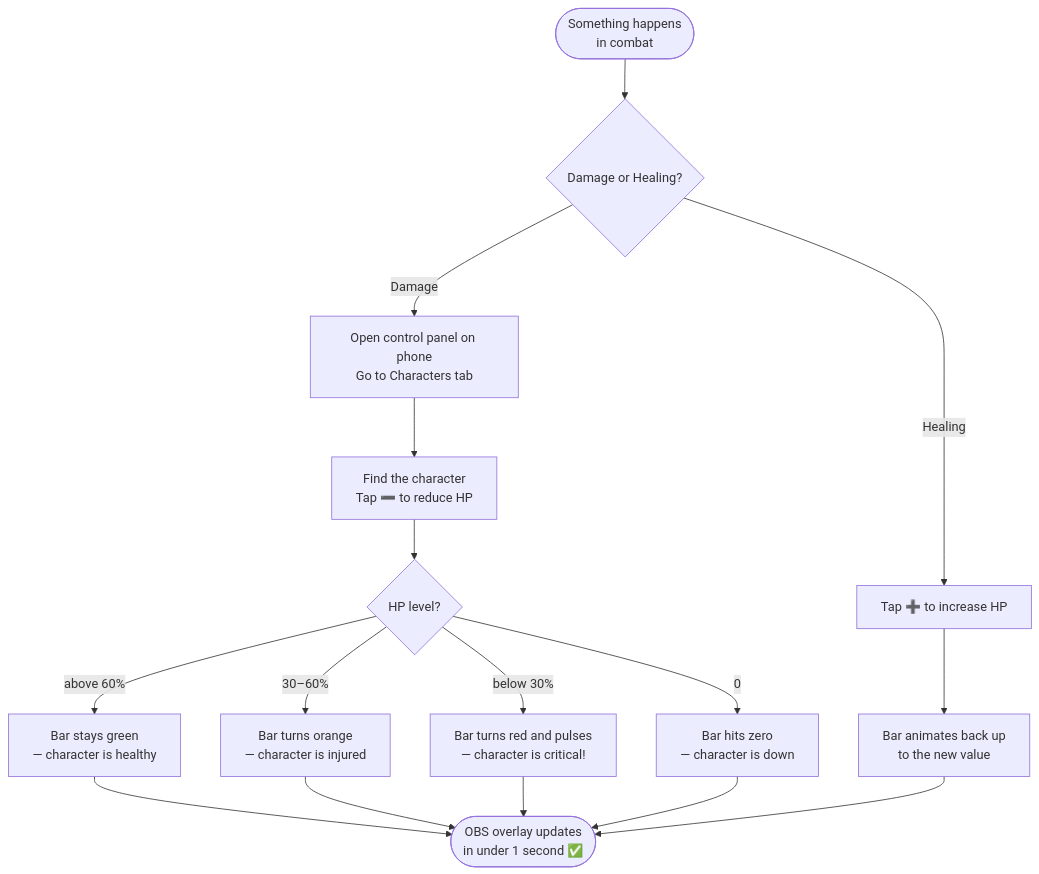
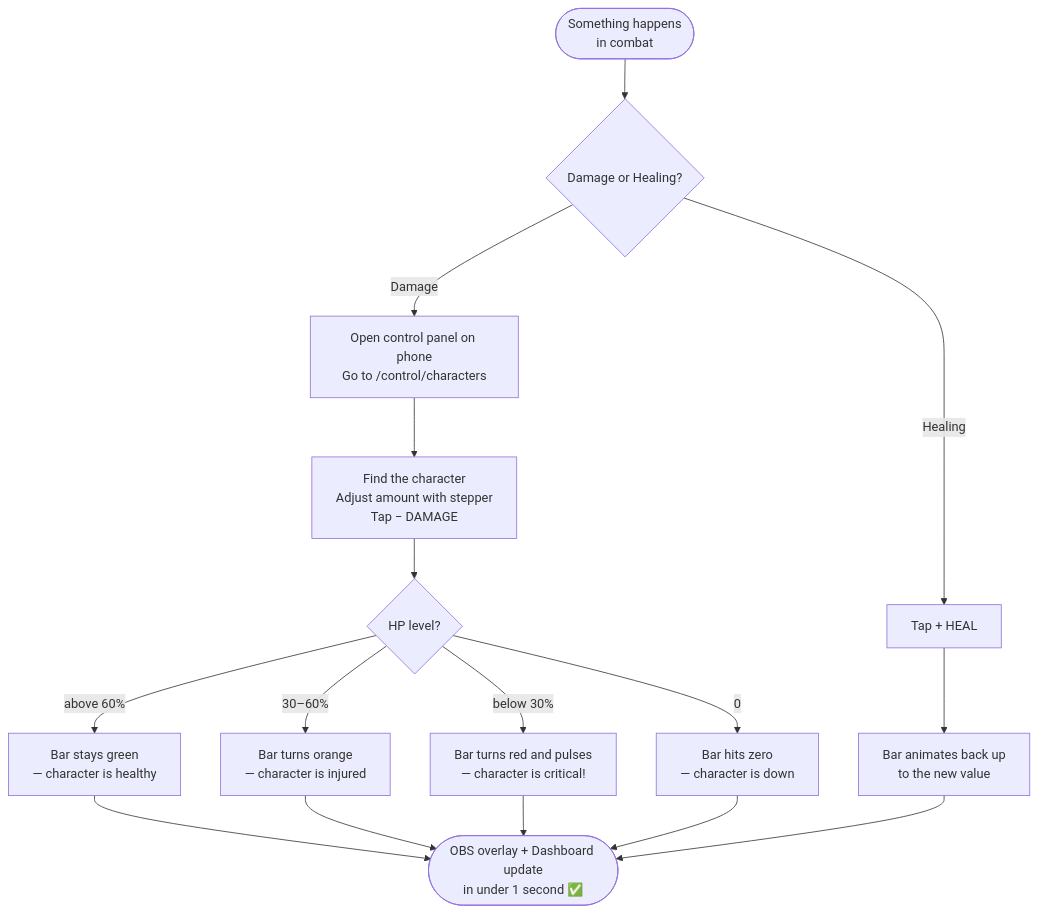
One commit to s0lci700/OVERLAYS changed the fifth of 9 diagrams in demo-pitch-docs/workflow-users.md. Above: the diagram before and after it, drawn with Mermaid. The commit also changed other lines of this file and 2 other files, not shown here.

Commit message:
Expand demo-pitch-docs: full control panel, character creation/management, and player dashboard workflows

````diff
--- a/demo-pitch-docs/workflow-users.md
+++ b/demo-pitch-docs/workflow-users.md
@@ -38,21 +134,21 @@
 ```mermaid
 flowchart TD
     A([Something happens\nin combat]) --> B{Damage or Healing?}
 
-    B -- Damage --> C[Open control panel on phone\nGo to Characters tab]
-    C --> D[Find the character\nTap ➖ to reduce HP]
+    B -- Damage --> C[Open control panel on phone\nGo to /control/characters]
+    C --> D[Find the character\nAdjust amount with stepper\nTap − DAMAGE]
     D --> E{HP level?}
     E -- above 60% --> F[Bar stays green\n— character is healthy]
     E -- 30–60% --> G[Bar turns orange\n— character is injured]
     E -- below 30% --> H[Bar turns red and pulses\n— character is critical!]
     E -- 0 --> I[Bar hits zero\n— character is down]
 
-    B -- Healing --> J[Tap ➕ to increase HP]
+    B -- Healing --> J[Tap + HEAL]
     J --> K[Bar animates back up\nto the new value]
 
-    F --> L([OBS overlay updates\nin under 1 second ✅])
+    F --> L([OBS overlay + Dashboard update\nin under 1 second ✅])
     G --> L
     H --> L
     I --> L
     K --> L
 ```
````
